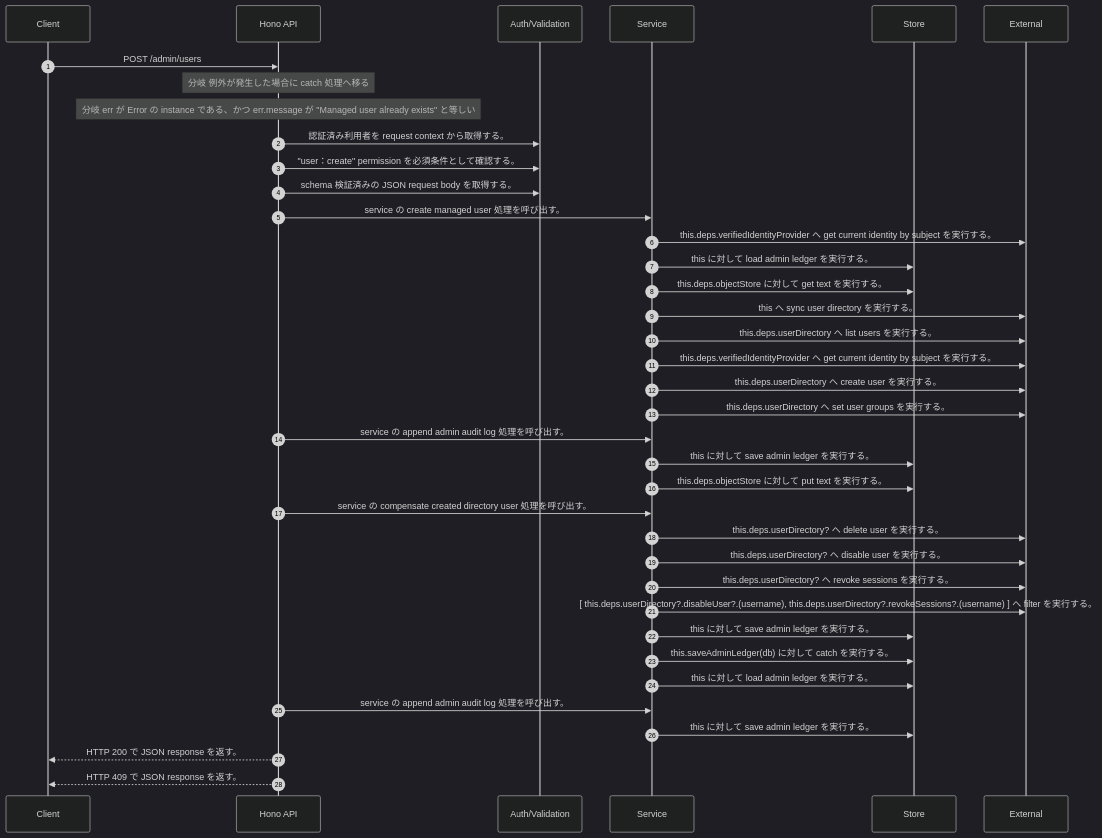
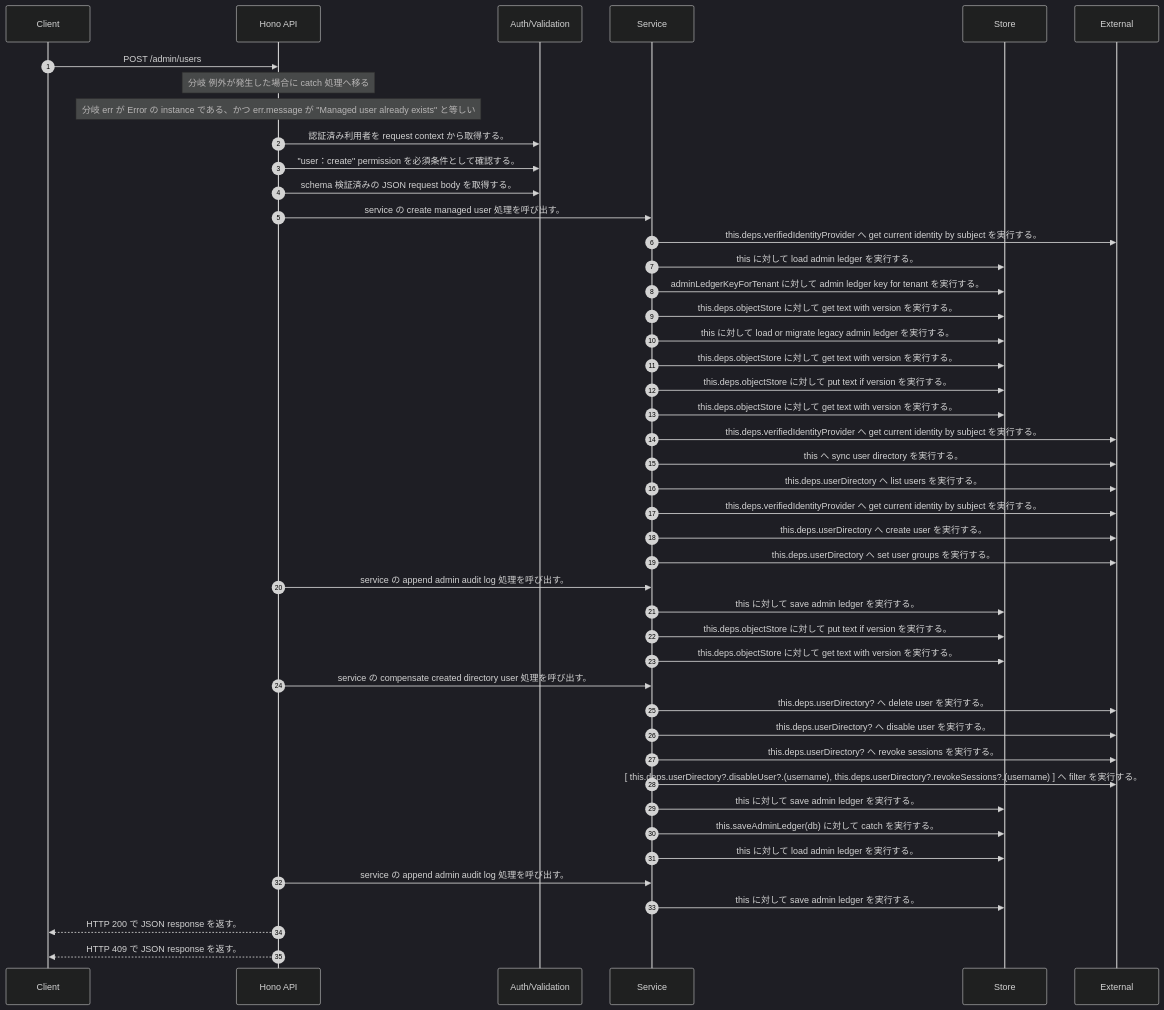
Before and after one commit to tsuji-tomonori/rag-assist: the diagram in docs/generated/api-code/post-admin-users/sequence_gen.md, drawn with Mermaid (dark theme). The commit also changed other lines of this file and 407 other files, not shown here.

````diff
--- a/docs/generated/api-code/post-admin-users/sequence_gen.md
+++ b/docs/generated/api-code/post-admin-users/sequence_gen.md
@@ -7,40 +7,47 @@
 ```mermaid
 sequenceDiagram
   autonumber
   participant Client as Client
   participant API as Hono API
   participant Auth as Auth/Validation
   participant Service as Service
   participant Store as Store
   participant External as External
   Client->>API: POST /admin/users
   Note over API: 分岐 例外が発生した場合に catch 処理へ移る
   Note over API: 分岐 err が Error の instance である、かつ err.message が "Managed user already exists" と等しい
   API->>Auth: 認証済み利用者を request context から取得する。
   API->>Auth: "user：create" permission を必須条件として確認する。
   API->>Auth: schema 検証済みの JSON request body を取得する。
   API->>Service: service の create managed user 処理を呼び出す。
   Service->>External: this.deps.verifiedIdentityProvider へ get current identity by subject を実行する。
   Service->>Store: this に対して load admin ledger を実行する。
-  Service->>Store: this.deps.objectStore に対して get text を実行する。
+  Service->>Store: adminLedgerKeyForTenant に対して admin ledger key for tenant を実行する。
+  Service->>Store: this.deps.objectStore に対して get text with version を実行する。
+  Service->>Store: this に対して load or migrate legacy admin ledger を実行する。
+  Service->>Store: this.deps.objectStore に対して get text with version を実行する。
+  Service->>Store: this.deps.objectStore に対して put text if version を実行する。
+  Service->>Store: this.deps.objectStore に対して get text with version を実行する。
+  Service->>External: this.deps.verifiedIdentityProvider へ get current identity by subject を実行する。
   Service->>External: this へ sync user directory を実行する。
   Service->>External: this.deps.userDirectory へ list users を実行する。
   Service->>External: this.deps.verifiedIdentityProvider へ get current identity by subject を実行する。
   Service->>External: this.deps.userDirectory へ create user を実行する。
   Service->>External: this.deps.userDirectory へ set user groups を実行する。
   API->>Service: service の append admin audit log 処理を呼び出す。
   Service->>Store: this に対して save admin ledger を実行する。
-  Service->>Store: this.deps.objectStore に対して put text を実行する。
+  Service->>Store: this.deps.objectStore に対して put text if version を実行する。
+  Service->>Store: this.deps.objectStore に対して get text with version を実行する。
   API->>Service: service の compensate created directory user 処理を呼び出す。
   Service->>External: this.deps.userDirectory? へ delete user を実行する。
   Service->>External: this.deps.userDirectory? へ disable user を実行する。
   Service->>External: this.deps.userDirectory? へ revoke sessions を実行する。
   Service->>External: [       this.deps.userDirectory?.disableUser?.(username),       this.deps.userDirectory?.revokeSessions?.(username)     ] へ filter を実行する。
   Service->>Store: this に対して save admin ledger を実行する。
   Service->>Store: this.saveAdminLedger(db) に対して catch を実行する。
   Service->>Store: this に対して load admin ledger を実行する。
   API->>Service: service の append admin audit log 処理を呼び出す。
   Service->>Store: this に対して save admin ledger を実行する。
   API-->>Client: HTTP 200 で JSON response を返す。
   API-->>Client: HTTP 409 で JSON response を返す。
 ```
````
